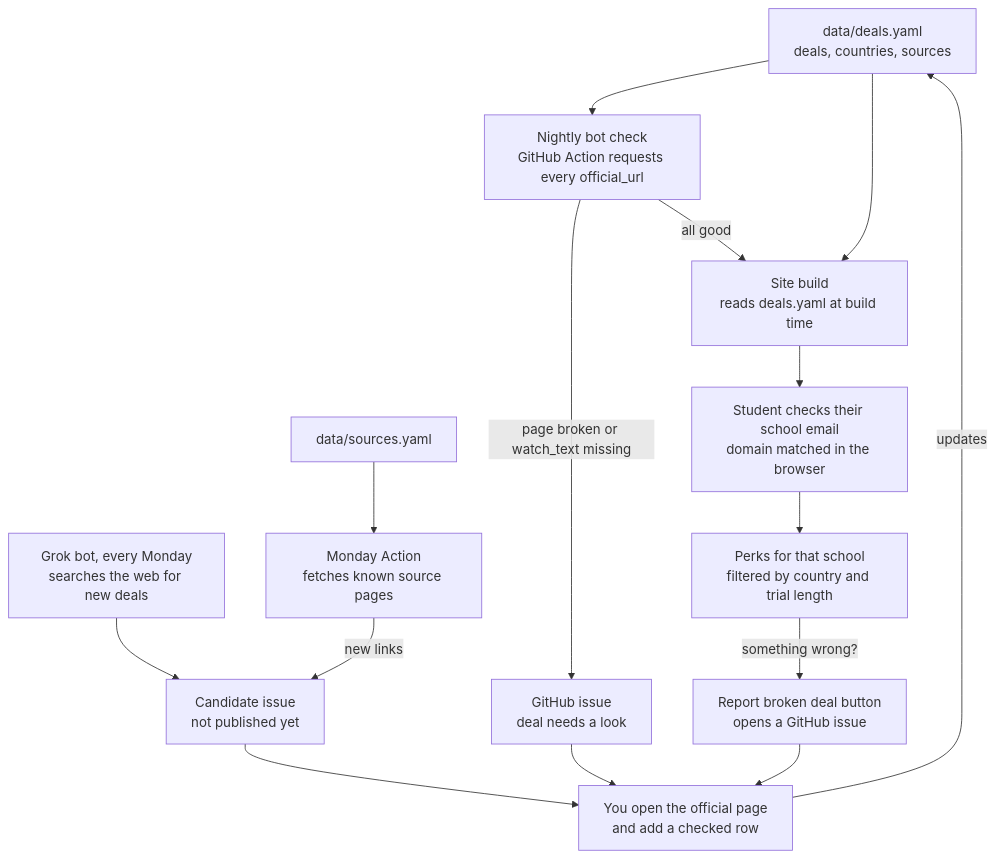
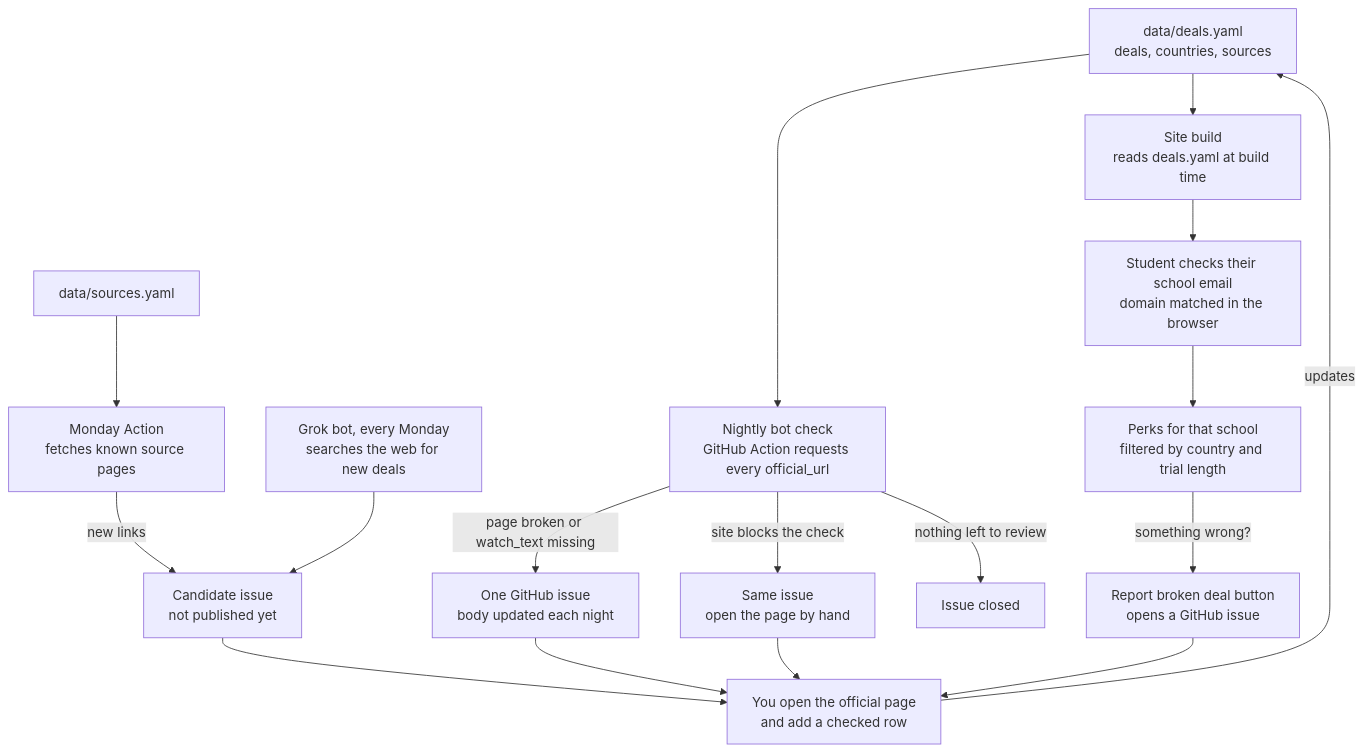
The diagram in README.md (AyaanRathod/verified-student-perks), drawn with Mermaid before and after one commit. The commit also changed other lines of this file, not shown here.

First line of the commit message:
Update README.md to clarify nightly bot functionality and enhance deal descriptions

````diff
--- a/README.md
+++ b/README.md
@@ -106,17 +106,19 @@
 ```mermaid
 flowchart TD
     A["data/deals.yaml<br/>deals, countries, sources"] --> B["Nightly bot check<br/>GitHub Action requests every official_url"]
-    B -->|page broken or watch_text missing| C["GitHub issue<br/>deal needs a look"]
+    B -->|page broken or watch_text missing| C["One GitHub issue<br/>body updated each night"]
+    B -->|site blocks the check| P["Same issue<br/>open the page by hand"]
+    P --> D
     S["Grok bot, every Monday<br/>searches the web for new deals"] --> I["Candidate issue<br/>not published yet"]
     W["data/sources.yaml"] --> M["Monday Action<br/>fetches known source pages"]
     M -->|new links| I
     I --> D["You open the official page<br/>and add a checked row"]
     C --> D
     D -->|updates| A
-    B -->|all good| E["Site build<br/>reads deals.yaml at build time"]
-    A --> E
+    B -->|nothing left to review| Q["Issue closed"]
+    A --> E["Site build<br/>reads deals.yaml at build time"]
     E --> F["Student checks their school email<br/>domain matched in the browser"]
     F --> G["Perks for that school<br/>filtered by country and trial length"]
     G -->|something wrong?| H["Report broken deal button<br/>opens a GitHub issue"]
     H --> D
 ```
````
